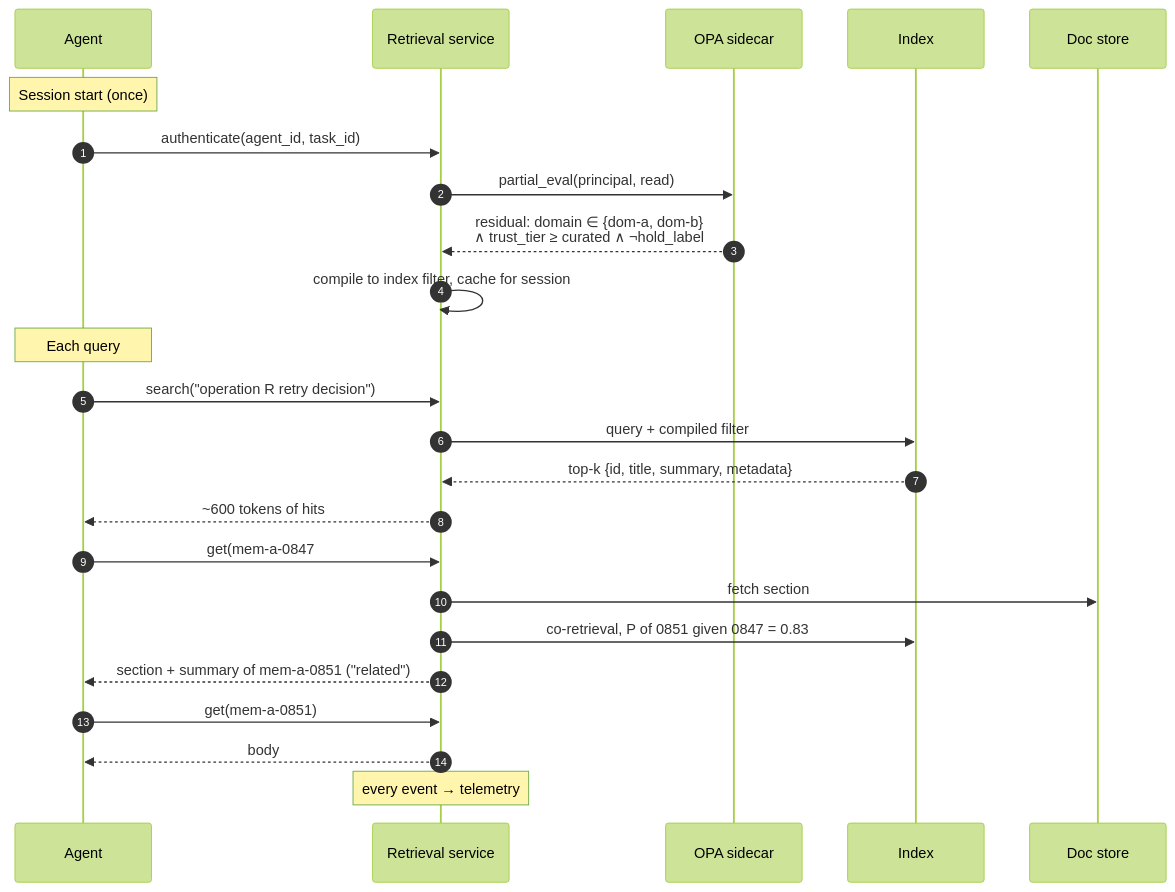
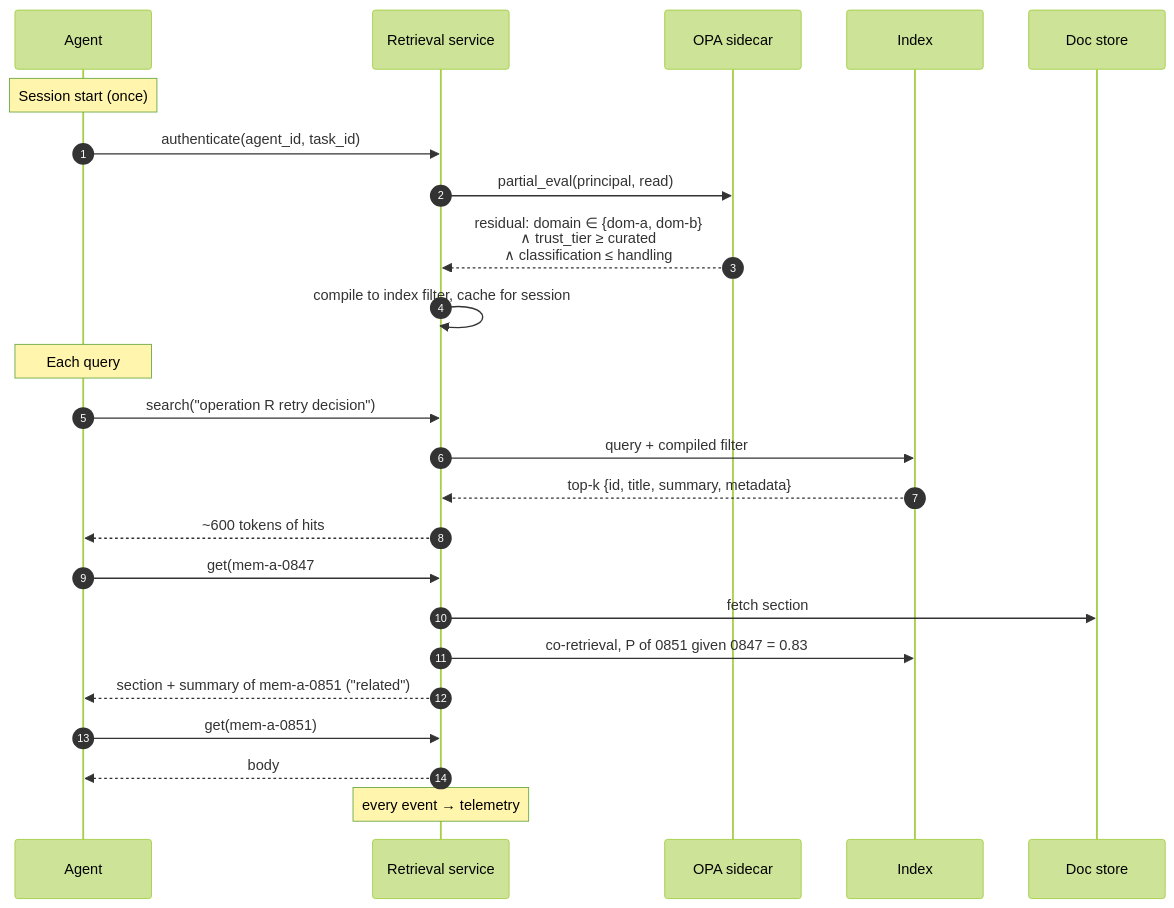
The third of 14 diagrams in docs/durable-memory-for-disposable-agents.md (apache/tooling-memory), drawn with Mermaid (forest theme) before and after one commit. The commit also changed other lines of this file and 1 other file, not shown here.

````diff
--- a/docs/durable-memory-for-disposable-agents.md
+++ b/docs/durable-memory-for-disposable-agents.md
@@ -240,28 +255,28 @@
 ```mermaid
 sequenceDiagram
     autonumber
     participant A as Agent
     participant R as Retrieval service
     participant O as OPA sidecar
     participant IX as Index
     participant S as Doc store
 
     Note over A: Session start (once)
     A->>R: authenticate(agent_id, task_id)
     R->>O: partial_eval(principal, read)
-    O-->>R: residual: domain ∈ {dom-a, dom-b}<br/>∧ trust_tier ≥ curated ∧ ¬hold_label
+    O-->>R: residual: domain ∈ {dom-a, dom-b}<br/>∧ trust_tier ≥ curated<br/>∧ classification ≤ handling
     R->>R: compile to index filter, cache for session
 
     Note over A: Each query
     A->>R: search("operation R retry decision")
     R->>IX: query + compiled filter
     IX-->>R: top-k {id, title, summary, metadata}
     R-->>A: ~600 tokens of hits
     A->>R: get(mem-a-0847#decision)
     R->>S: fetch section
     R->>IX: co-retrieval, P of 0851 given 0847 = 0.83
     R-->>A: section + summary of mem-a-0851 ("related")
     A->>R: get(mem-a-0851)
     R-->>A: body
     Note over R: every event → telemetry
 ```
````
